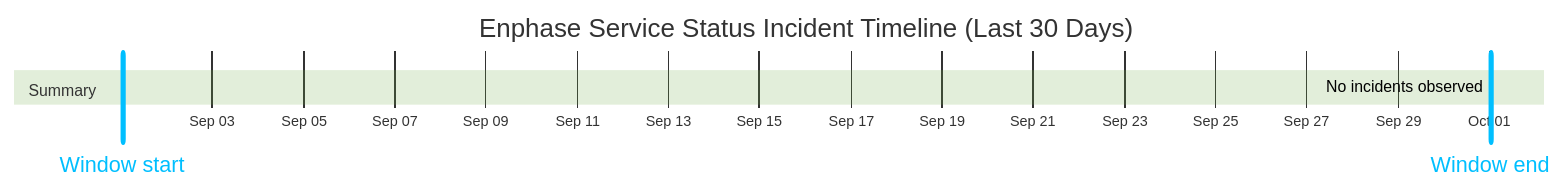
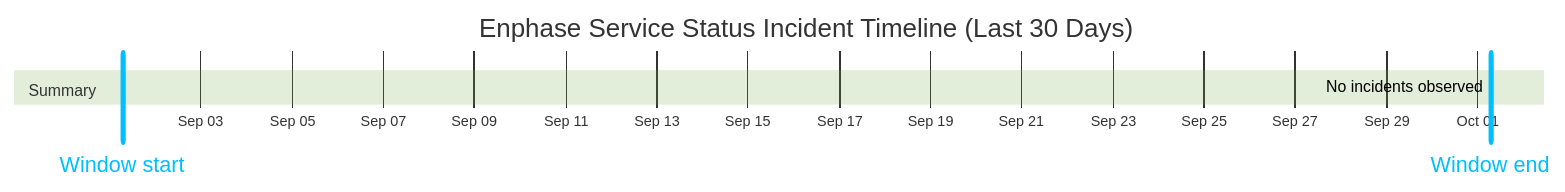
The diagram in wiki/Service-Status-History.md (barneyonline/ha-enphase-energy), drawn with Mermaid (forest theme) before and after one commit. The commit also changed other lines of this file and 3 other files, not shown here.

````diff
--- a/wiki/Service-Status-History.md
+++ b/wiki/Service-Status-History.md
@@ -14,10 +14,10 @@
 ```mermaid
 gantt
     title Enphase Service Status Incident Timeline (Last 30 Days)
     dateFormat  YYYY-MM-DDTHH:mm:ss
     axisFormat  %b %d
-    Window start :vert, window-start, 2026-09-01T00:40:31, 0ms
-    Window end :vert, window-end, 2026-10-01T00:40:31, 0ms
+    Window start :vert, window-start, 2026-09-01T06:50:08, 0ms
+    Window end :vert, window-end, 2026-10-01T06:50:08, 0ms
     section Summary
-    No incidents observed :done, 2026-10-01T00:40:31, 1m
+    No incidents observed :done, 2026-10-01T06:50:08, 1m
 ```
````
